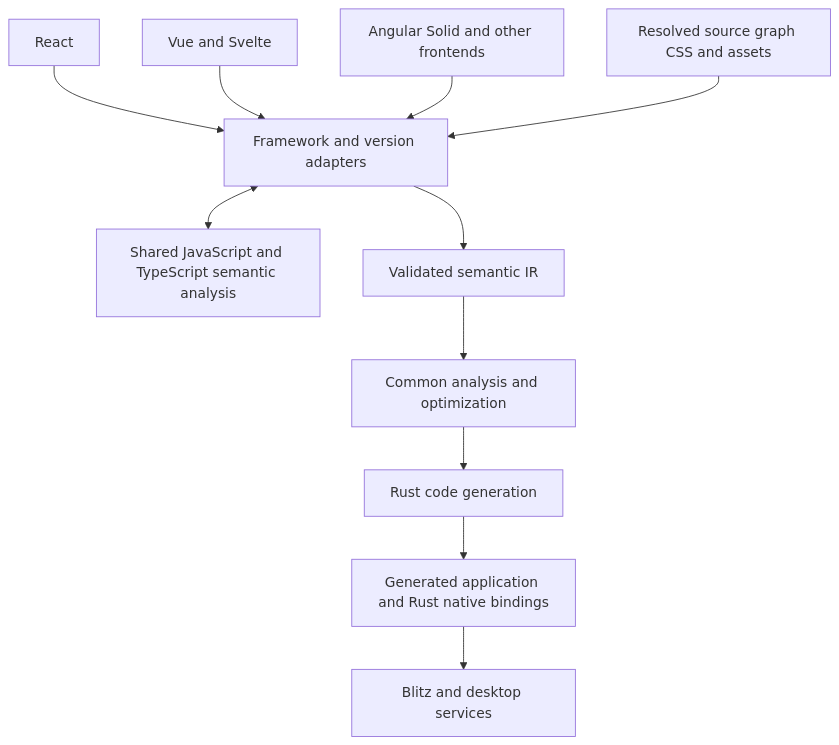
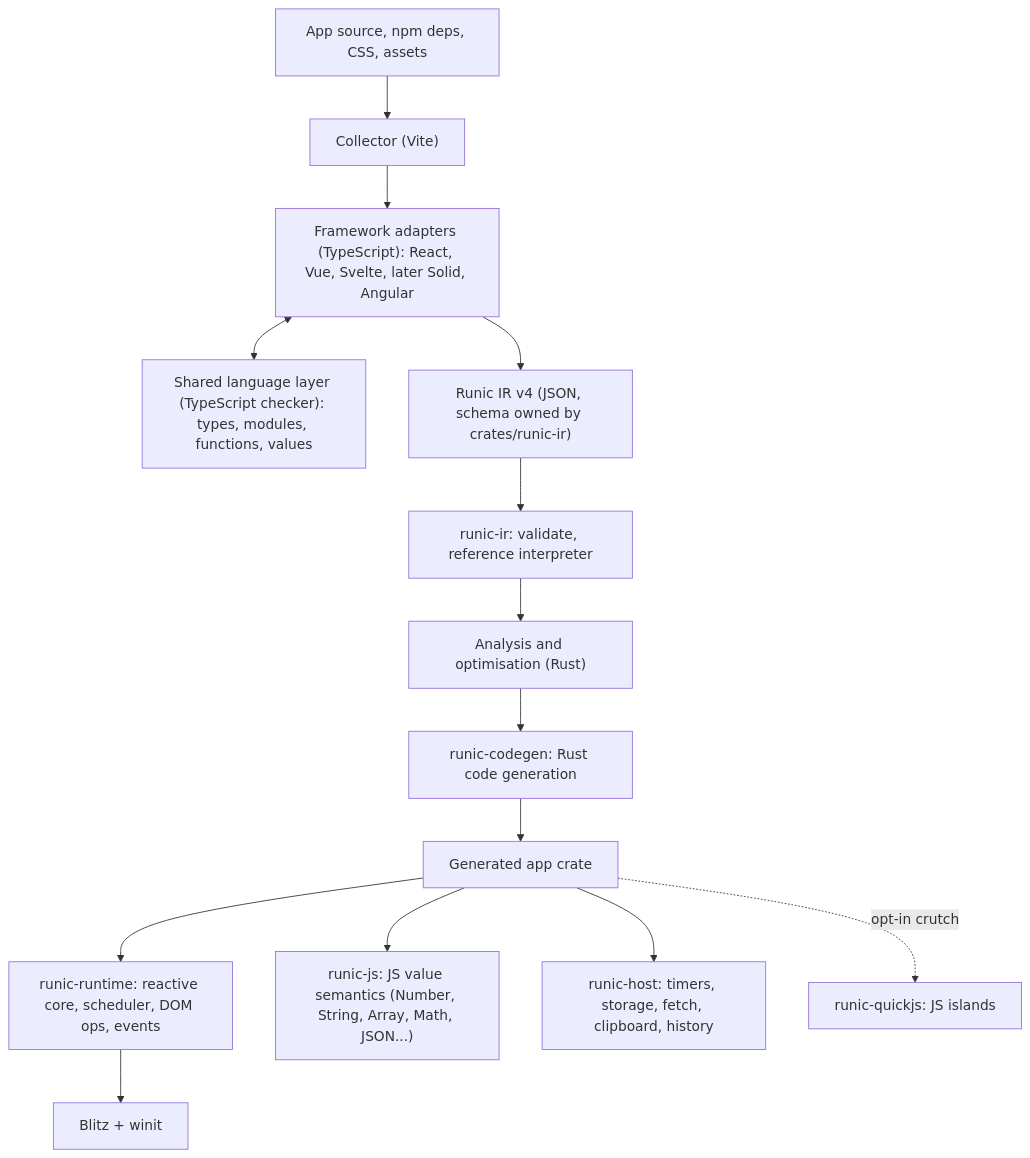
The diagram in docs/ARCHITECTURE.md (Runic-Artifex/runic-desktop-compiler), drawn with Mermaid before and after one commit. The commit also changed other lines of this file and 1048 other files, not shown here.

First line of the commit message:
Restructure repository and add whole-compiler roadmap (M0)

````diff
--- a/docs/ARCHITECTURE.md
+++ b/docs/ARCHITECTURE.md
@@ -32,13 +11,16 @@
 ```mermaid
 flowchart TD
-    R["React"] --> F["Framework and version adapters"]
-    V["Vue and Svelte"] --> F
-    A["Angular Solid and other frontends"] --> F
-    G["Resolved source graph CSS and assets"] --> F
-    F <--> J["Shared JavaScript and TypeScript semantic analysis"]
-    F --> I["Validated semantic IR"]
-    I --> O["Common analysis and optimization"]
-    O --> C["Rust code generation"]
-    C --> N["Generated application and Rust native bindings"]
-    N --> B["Blitz and desktop services"]
+    S["App source, npm deps, CSS, assets"] --> C["Collector (Vite)"]
+    C --> A["Framework adapters (TypeScript): React, Vue, Svelte, later Solid, Angular"]
+    A <--> L["Shared language layer (TypeScript checker): types, modules, functions, values"]
+    A --> IR["Runic IR v4 (JSON, schema owned by crates/runic-ir)"]
+    IR --> V["runic-ir: validate, reference interpreter"]
+    V --> O["Analysis and optimisation (Rust)"]
+    O --> G["runic-codegen: Rust code generation"]
+    G --> APP["Generated app crate"]
+    APP --> RT["runic-runtime: reactive core, scheduler, DOM ops, events"]
+    APP --> JS["runic-js: JS value semantics (Number, String, Array, Math, JSON...)"]
+    APP --> H["runic-host: timers, storage, fetch, clipboard, history"]
+    APP -. "opt-in crutch" .-> Q["runic-quickjs: JS islands"]
+    RT --> B["Blitz + winit"]
 ```
````
